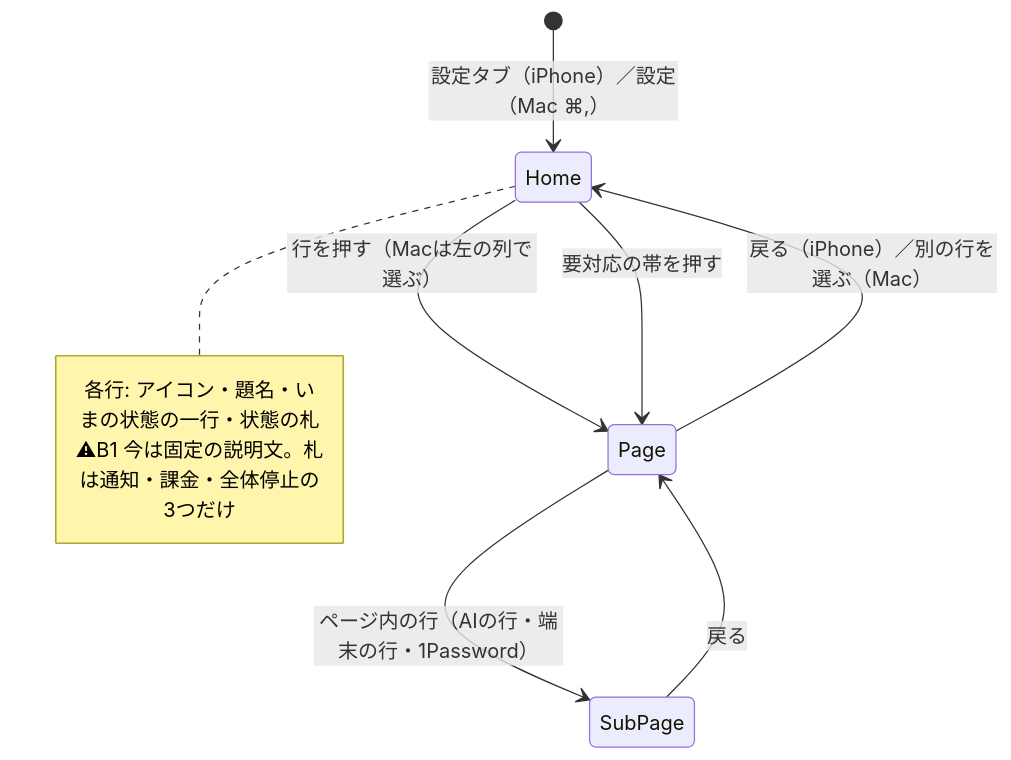
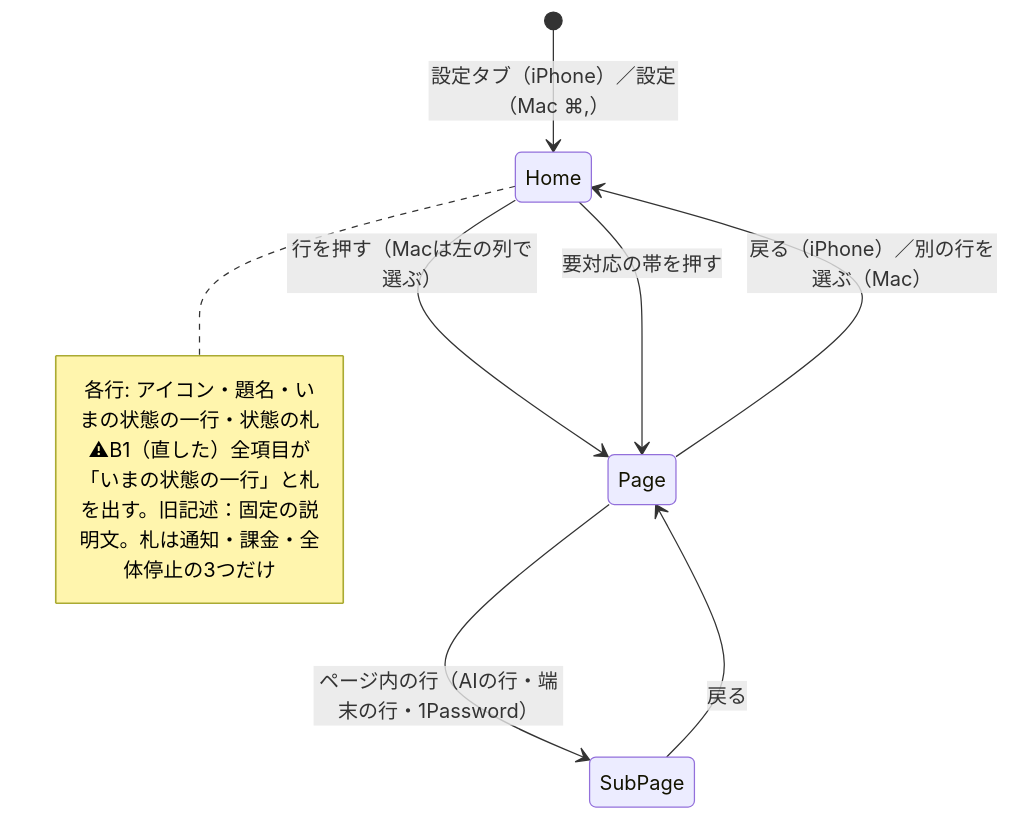
One commit to kitepon/BellTeam changed the second of 8 diagrams in docs/architecture/modules/apple/settings-user-flow.md. Above: the diagram before and after it, drawn with Mermaid. The commit also changed other lines of this file and 3 other files, not shown here.

````diff
--- a/docs/architecture/modules/apple/settings-user-flow.md
+++ b/docs/architecture/modules/apple/settings-user-flow.md
@@ -87,13 +93,13 @@
 ```mermaid
 stateDiagram-v2
   [*] --> Home: 設定タブ（iPhone）／設定（Mac ⌘,）
   Home --> Page: 行を押す（Macは左の列で選ぶ）
   Home --> Page: 要対応の帯を押す
   Page --> Home: 戻る（iPhone）／別の行を選ぶ（Mac）
   Page --> SubPage: ページ内の行（AIの行・端末の行・1Password）
   SubPage --> Page: 戻る
   note right of Home
     各行: アイコン・題名・いまの状態の一行・状態の札
-    ⚠B1 今は固定の説明文。札は通知・課金・全体停止の3つだけ
+    ⚠B1（直した）全項目が「いまの状態の一行」と札を出す。旧記述：固定の説明文。札は通知・課金・全体停止の3つだけ
   end note
 ```
````
